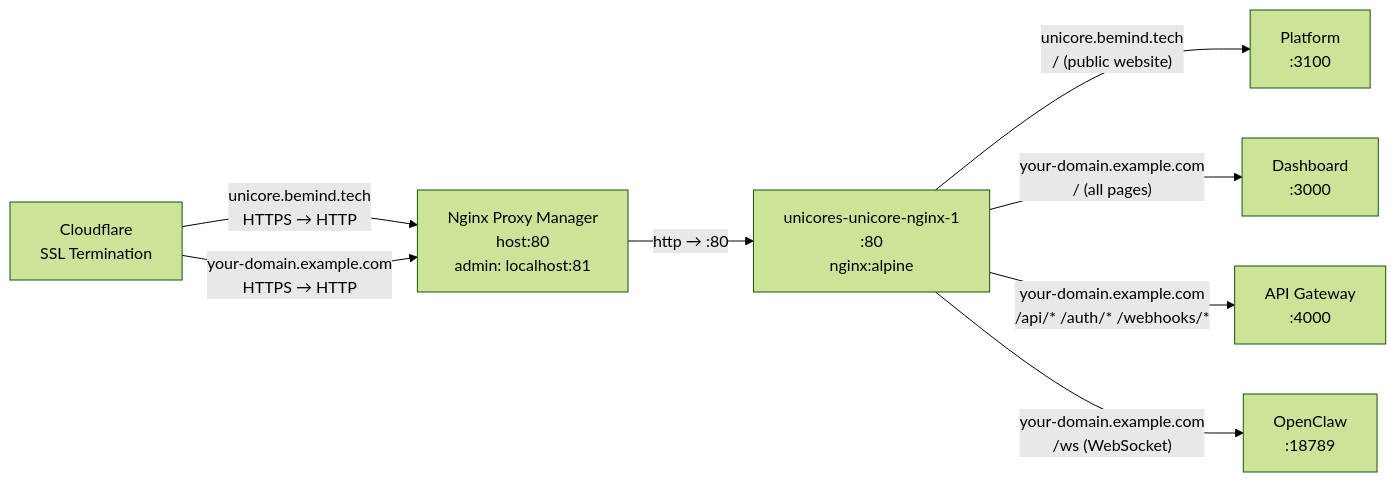
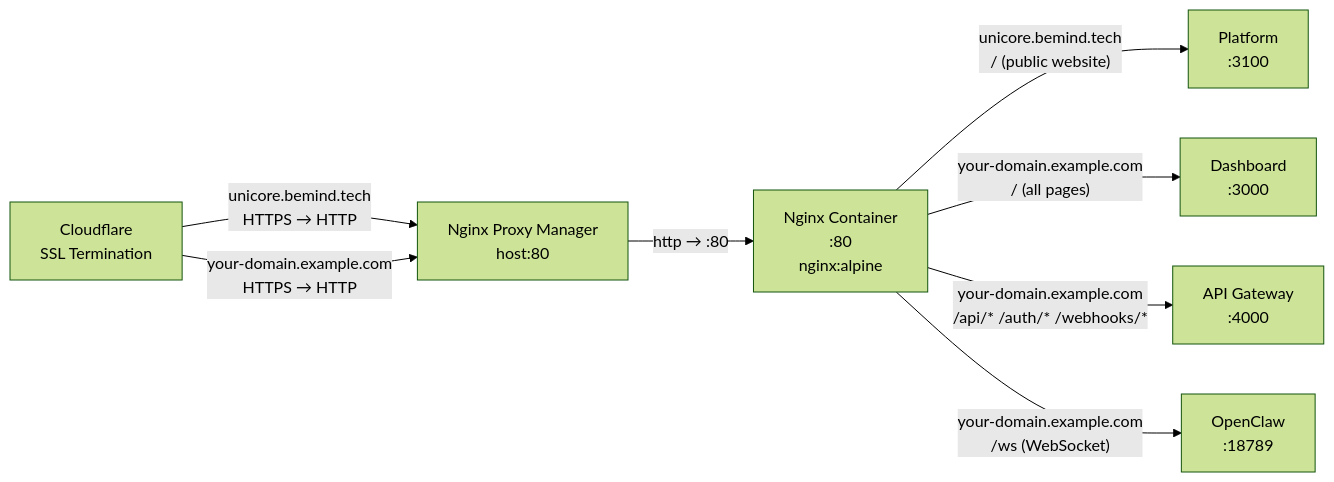
The first of 2 diagrams in architecture/networking.md (bemindlabs/unicore-ecosystem-docs), drawn with Mermaid (forest theme) before and after one commit.

Commit message:
auto: update 1 file(s) in unicore-ecosystem-docs

````diff
--- a/architecture/networking.md
+++ b/architecture/networking.md
@@ -5,18 +5,18 @@
 ```mermaid
 graph LR
   CF["Cloudflare<br/>SSL Termination"]
-  NPM["Nginx Proxy Manager<br/>host:80<br/>admin: localhost:81"]
-  NGX["unicores-unicore-nginx-1<br/>:80<br/>nginx:alpine"]
+  NPM["Nginx Proxy Manager<br/>host:80"]
+  NGX["Nginx Container<br/>:80<br/>nginx:alpine"]
   PLAT["Platform<br/>:3100"]
   DASH["Dashboard<br/>:3000"]
   GW["API Gateway<br/>:4000"]
   OC["OpenClaw<br/>:18789"]
 
   CF -->|"unicore.bemind.tech<br/>HTTPS → HTTP"| NPM
   CF -->|"your-domain.example.com<br/>HTTPS → HTTP"| NPM
   NPM -->|"http → <nginx-container>:80"| NGX
   NGX -->|"unicore.bemind.tech<br/>/ (public website)"| PLAT
   NGX -->|"your-domain.example.com<br/>/ (all pages)"| DASH
   NGX -->|"your-domain.example.com<br/>/api/* /auth/* /webhooks/*"| GW
   NGX -->|"your-domain.example.com<br/>/ws (WebSocket)"| OC
 ```
````
